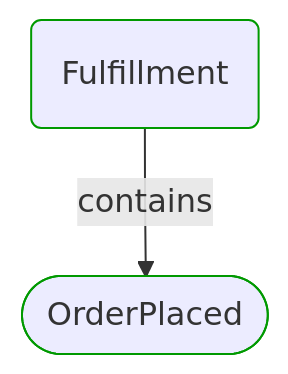
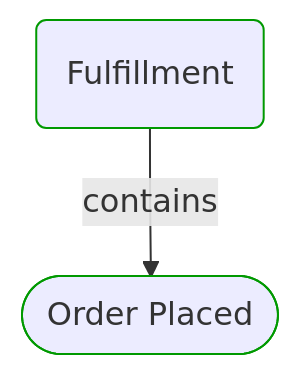
The third of 5 diagrams in Docs/P3/MermaidOutput/Domain/Concepts/Sales/Fulfillment/Fulfillment.md (itlibrium/DDD-starter-dotnet), drawn with Mermaid before and after one commit. The commit also changed other lines of this file and 51 other files, not shown here.

````diff
--- a/Docs/P3/MermaidOutput/Domain/Concepts/Sales/Fulfillment/Fulfillment.md
+++ b/Docs/P3/MermaidOutput/Domain/Concepts/Sales/Fulfillment/Fulfillment.md
@@ -53,11 +53,11 @@
 ```mermaid
   flowchart TB
     0(Fulfillment)
     class 0 DomainPerspective
-    1([OrderPlaced])
+    1([Order Placed])
     class 1 DomainPerspective
     0-->|contains|1
     classDef DomainPerspective stroke:#009900
     classDef TechnologyPerspective stroke:#1F41EB
     classDef PeoplePerspective stroke:#FFF014
 ```
````
